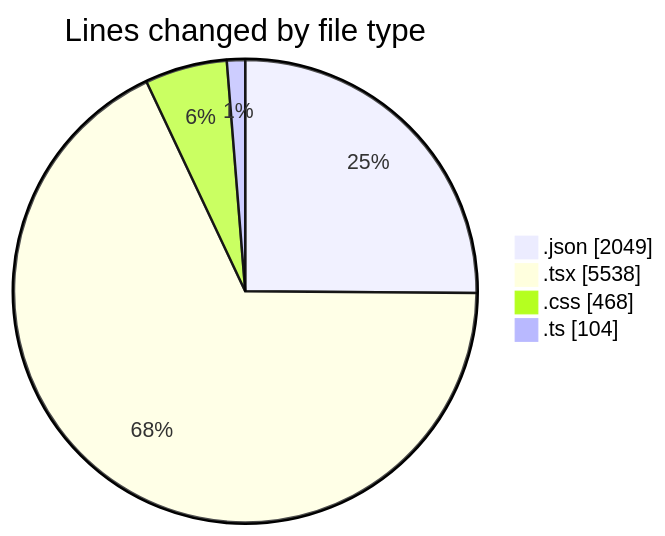
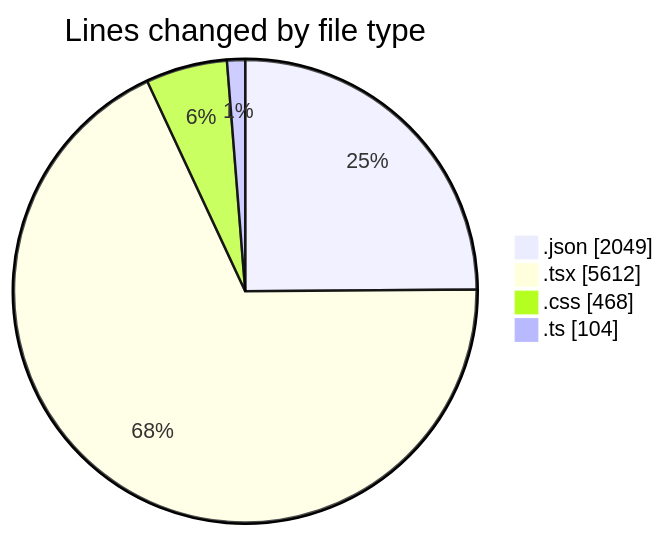
The first of 2 diagrams in 2025-08-14/ribbon/README.md (EIIisD/code-tracking), drawn with Mermaid before and after one commit. The commit also changed other lines of this file and 1 other file, not shown here.

````diff
--- a/2025-08-14/ribbon/README.md
+++ b/2025-08-14/ribbon/README.md
@@ -29,8 +29,8 @@
 ```mermaid
 pie showData
 title Lines changed by file type
 ".json" : 2049
-".tsx" : 5538
+".tsx" : 5612
 ".css" : 468
 ".ts" : 104
 ```
````
